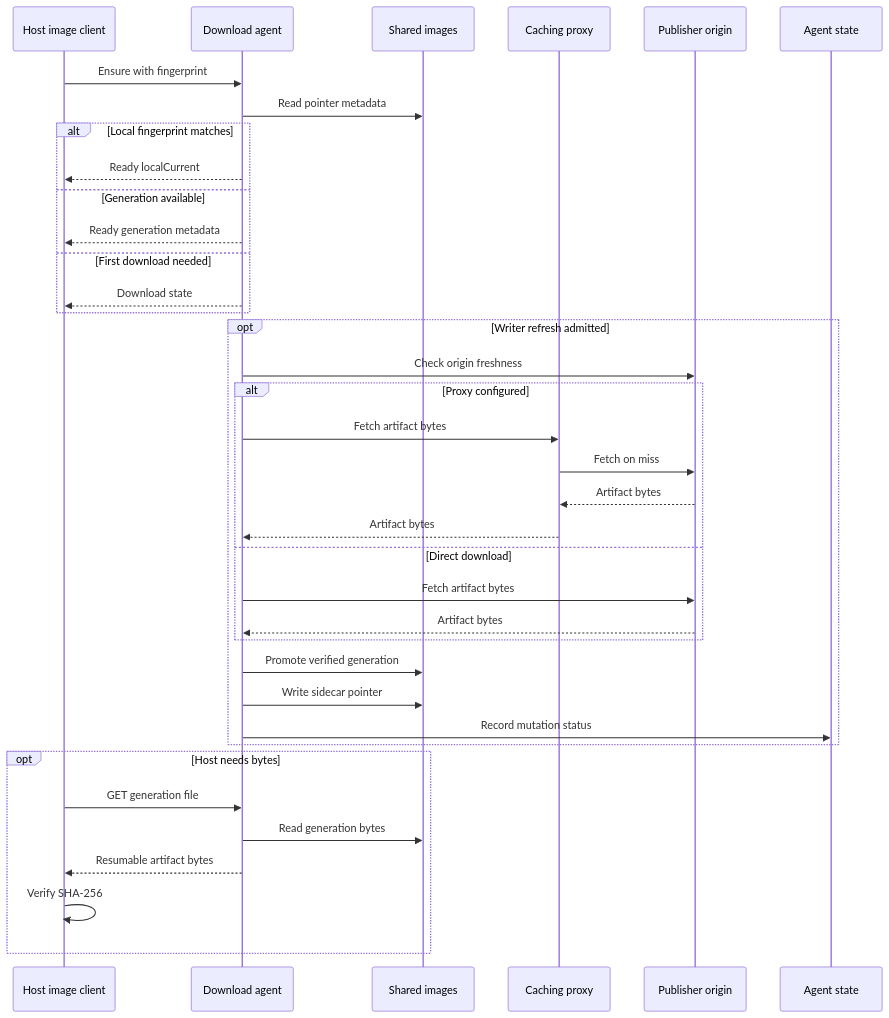
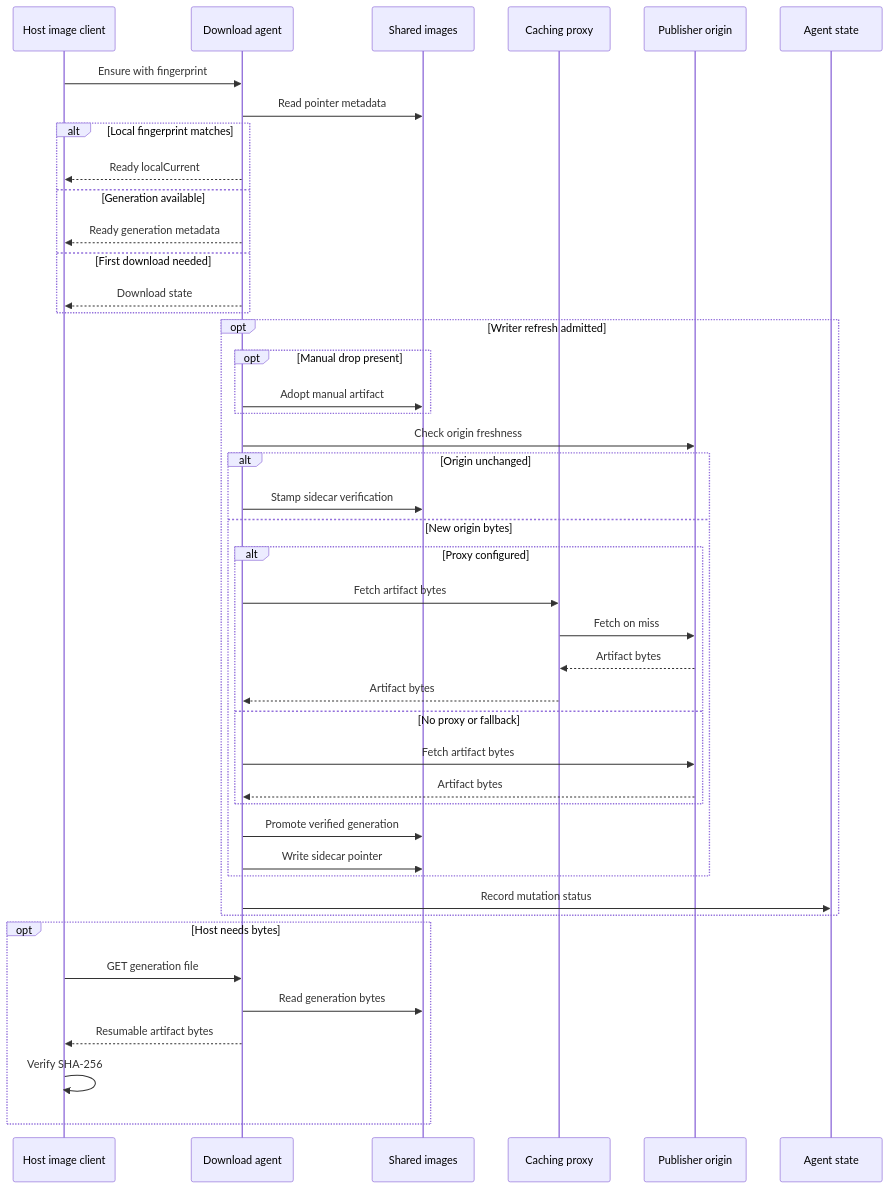
Before and after one commit to alissonsol/yuruna: the eighth of 10 diagrams in docs/design/03-data-flows.md, drawn with Mermaid. The commit also changed other lines of this file and 1409 other files, not shown here.

````diff
--- a/docs/design/03-data-flows.md
+++ b/docs/design/03-data-flows.md
@@ -218,39 +267,46 @@
 ```mermaid
 sequenceDiagram
     participant yuruna-download-agent-psm1 as Host image client
     participant download-agent-service as Download agent
     participant images as Shared images
     participant caching-proxy-service as Caching proxy
     participant origin as Publisher origin
     participant download-agent-service-state-go as Agent state
     yuruna-download-agent-psm1->>download-agent-service: Ensure with fingerprint
     download-agent-service->>images: Read pointer metadata
     alt Local fingerprint matches
         download-agent-service-->>yuruna-download-agent-psm1: Ready localCurrent
     else Generation available
         download-agent-service-->>yuruna-download-agent-psm1: Ready generation metadata
     else First download needed
         download-agent-service-->>yuruna-download-agent-psm1: Download state
     end
     opt Writer refresh admitted
+        opt Manual drop present
+            download-agent-service->>images: Adopt manual artifact
+        end
         download-agent-service->>origin: Check origin freshness
-        alt Proxy configured
-            download-agent-service->>caching-proxy-service: Fetch artifact bytes
-            caching-proxy-service->>origin: Fetch on miss
-            origin-->>caching-proxy-service: Artifact bytes
-            caching-proxy-service-->>download-agent-service: Artifact bytes
-        else Direct download
-            download-agent-service->>origin: Fetch artifact bytes
-            origin-->>download-agent-service: Artifact bytes
+        alt Origin unchanged
+            download-agent-service->>images: Stamp sidecar verification
+        else New origin bytes
+            alt Proxy configured
+                download-agent-service->>caching-proxy-service: Fetch artifact bytes
+                caching-proxy-service->>origin: Fetch on miss
+                origin-->>caching-proxy-service: Artifact bytes
+                caching-proxy-service-->>download-agent-service: Artifact bytes
+            else No proxy or fallback
+                download-agent-service->>origin: Fetch artifact bytes
+                origin-->>download-agent-service: Artifact bytes
+            end
+            download-agent-service->>images: Promote verified generation
+            download-agent-service->>images: Write sidecar pointer
         end
-        download-agent-service->>images: Promote verified generation
-        download-agent-service->>images: Write sidecar pointer
         download-agent-service->>download-agent-service-state-go: Record mutation status
     end
     opt Host needs bytes
         yuruna-download-agent-psm1->>download-agent-service: GET generation file
         download-agent-service->>images: Read generation bytes
         download-agent-service-->>yuruna-download-agent-psm1: Resumable artifact bytes
         yuruna-download-agent-psm1->>yuruna-download-agent-psm1: Verify SHA-256
     end
 ```
````
